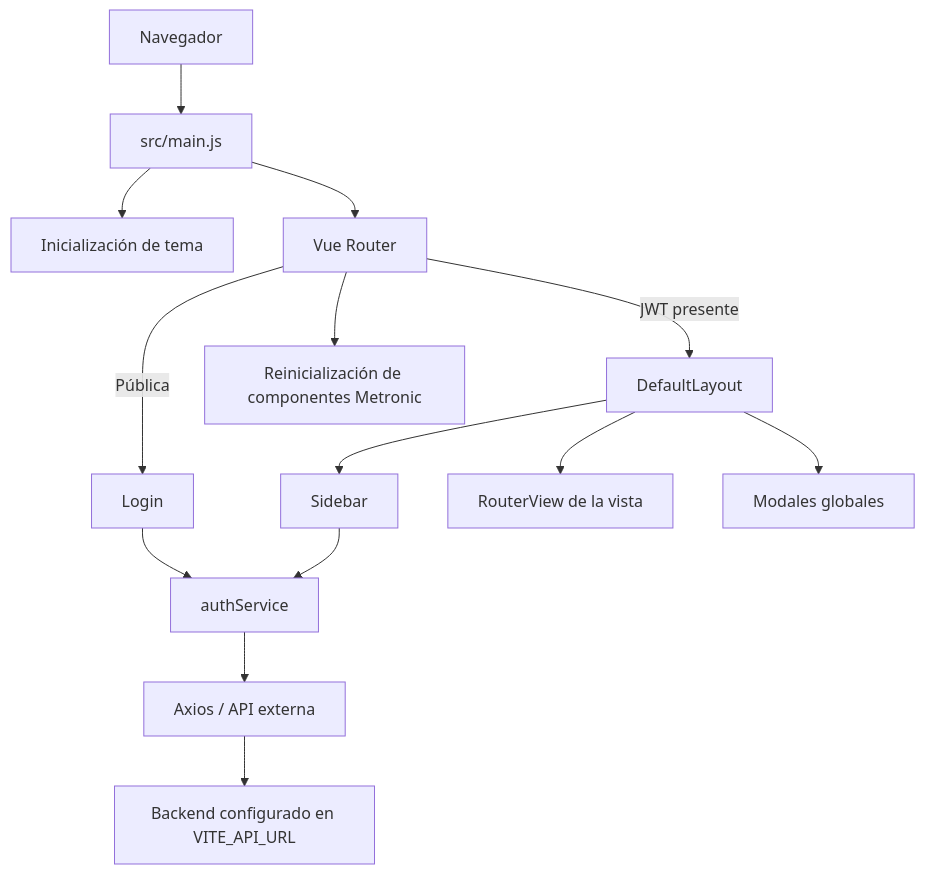
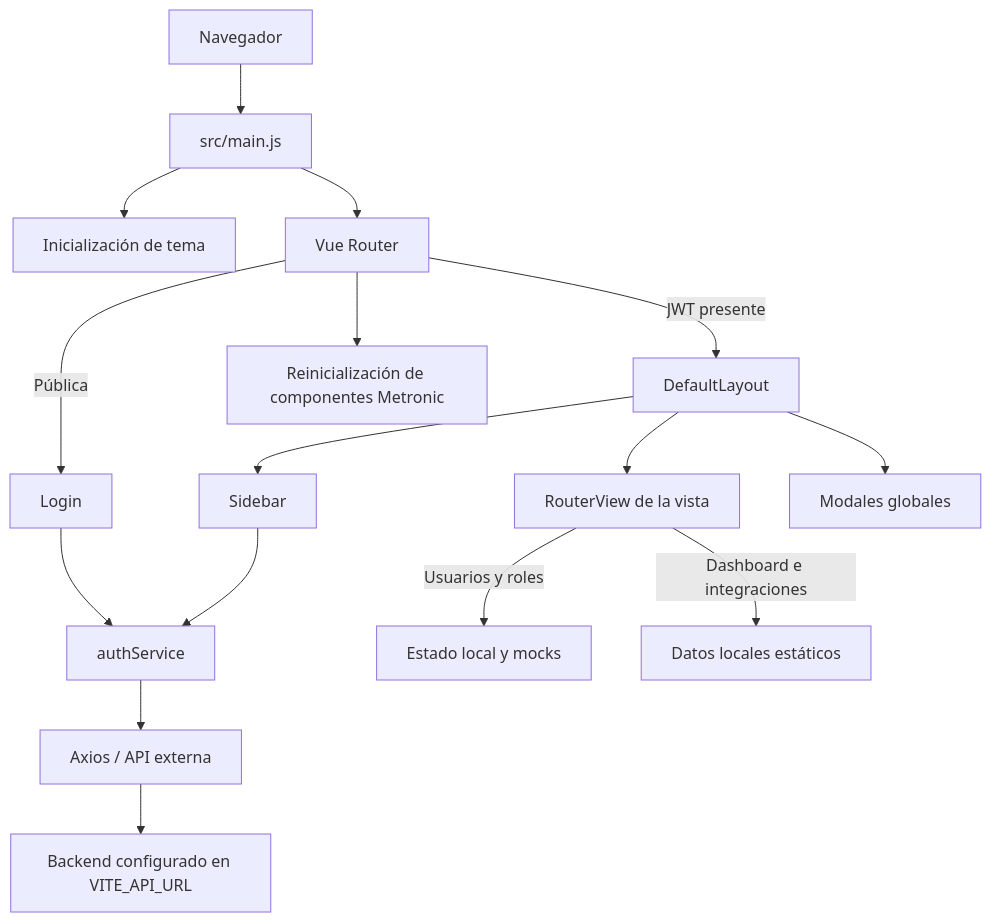
The first of 2 diagrams in MAPEO_PROYECTO VUEJS3.md (jorge-DPS/sedalp-project-gadlp), drawn with Mermaid before and after one commit. The commit also changed other lines of this file, not shown here.

````diff
--- a/MAPEO_PROYECTO VUEJS3.md
+++ b/MAPEO_PROYECTO VUEJS3.md
@@ -15,16 +26,18 @@
 ```mermaid
 flowchart TD
     Browser[Navegador] --> Main[src/main.js]
     Main --> Theme[Inicialización de tema]
     Main --> Router[Vue Router]
     Router -->|Pública| Login[Login]
     Router -->|JWT presente| Layout[DefaultLayout]
     Layout --> Sidebar[Sidebar]
     Layout --> Content[RouterView de la vista]
     Layout --> Modals[Modales globales]
     Login --> AuthService[authService]
     Sidebar --> AuthService
     AuthService --> API[Axios / API externa]
+    Content -->|Usuarios y roles| Mocks[Estado local y mocks]
+    Content -->|Dashboard e integraciones| Static[Datos locales estáticos]
     API --> Backend[Backend configurado en VITE_API_URL]
     Router --> Metronic[Reinicialización de componentes Metronic]
 ```
````
